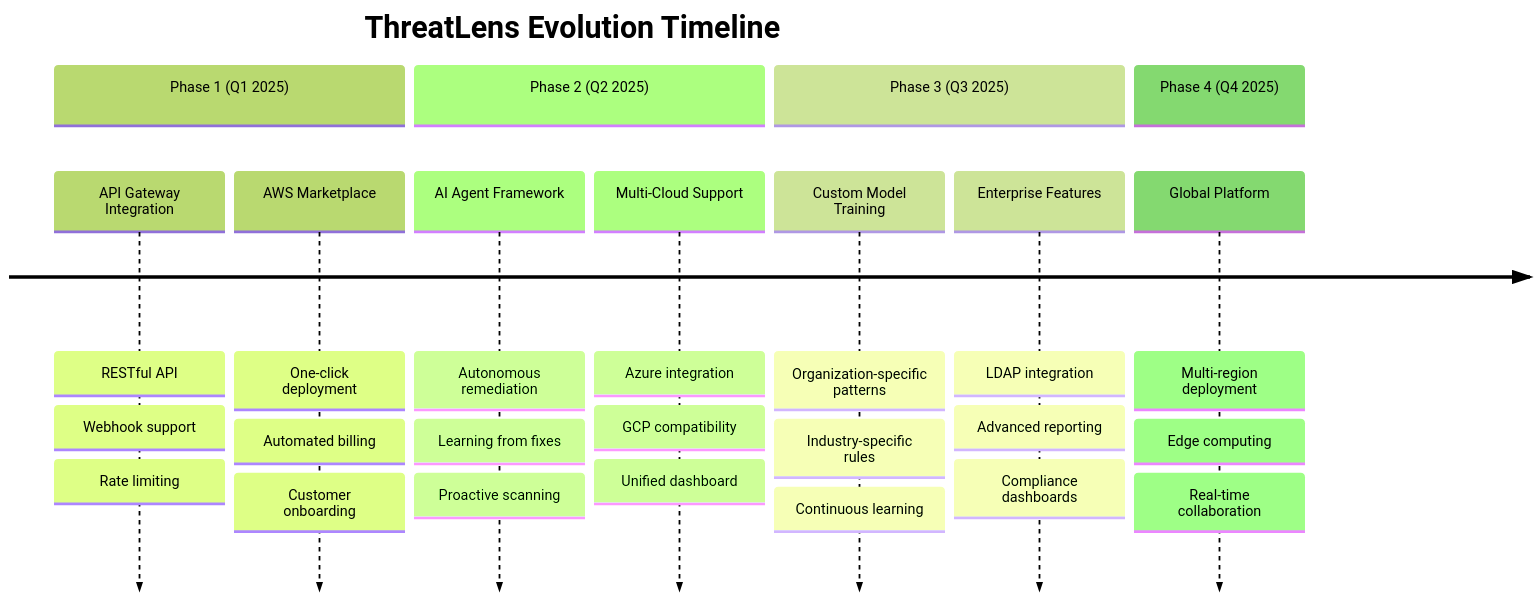
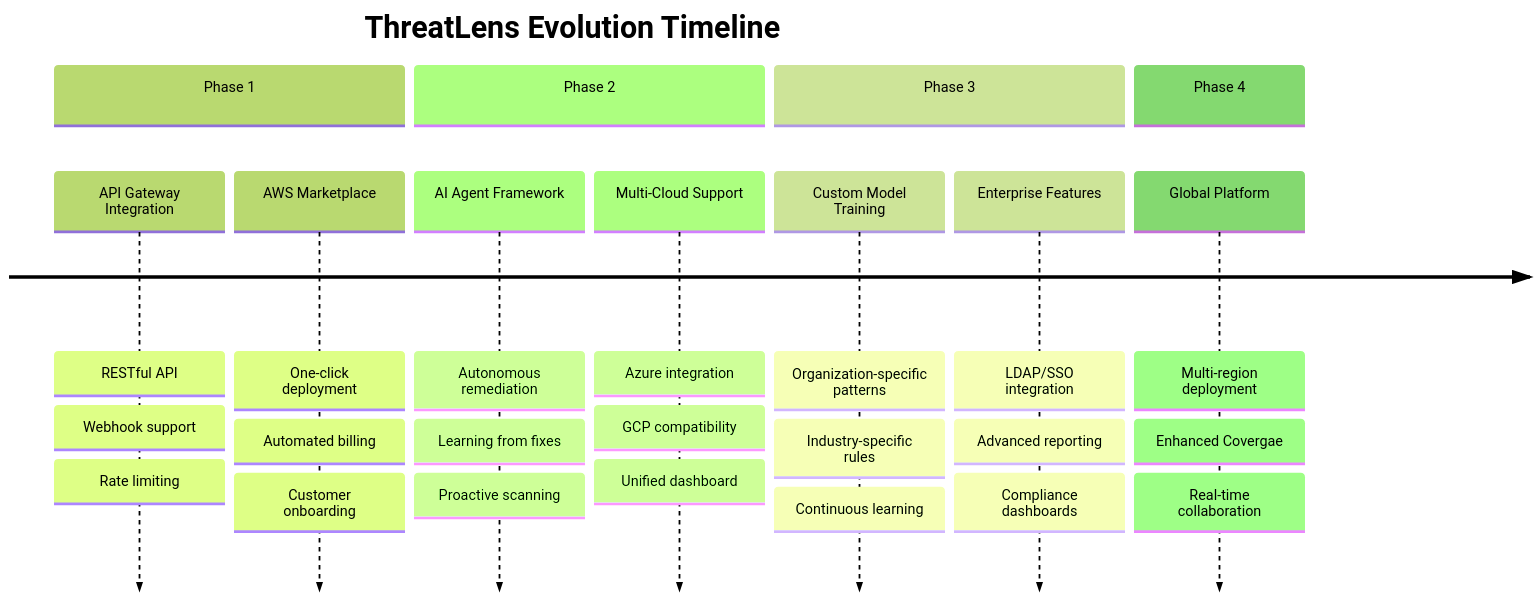
Before and after one commit to devops-captain/Ai-Ops-Ci-CD: the diagram in docs/future-state.md, drawn with Mermaid (forest theme). The commit also changed other lines of this file, not shown here.

````diff
--- a/docs/future-state.md
+++ b/docs/future-state.md
@@ -9,36 +9,36 @@
 ```mermaid
 timeline
     title ThreatLens Evolution Timeline
     
-    section Phase 1 (Q1 2025)
+    section Phase 1 
         API Gateway Integration : RESTful API
                                 : Webhook support
                                 : Rate limiting
         
         AWS Marketplace : One-click deployment
                         : Automated billing
                         : Customer onboarding
     
-    section Phase 2 (Q2 2025)
+    section Phase 2 
         AI Agent Framework : Autonomous remediation
                            : Learning from fixes
                            : Proactive scanning
         
         Multi-Cloud Support : Azure integration
                             : GCP compatibility
                             : Unified dashboard
     
-    section Phase 3 (Q3 2025)
+    section Phase 3 
         Custom Model Training : Organization-specific patterns
                               : Industry-specific rules
                               : Continuous learning
         
-        Enterprise Features : LDAP integration
+        Enterprise Features : LDAP/SSO integration
                             : Advanced reporting
                             : Compliance dashboards
     
-    section Phase 4 (Q4 2025)
+    section Phase 4 
         Global Platform : Multi-region deployment
-                        : Edge computing
+                        : Enhanced Covergae
                         : Real-time collaboration
 ```
````
